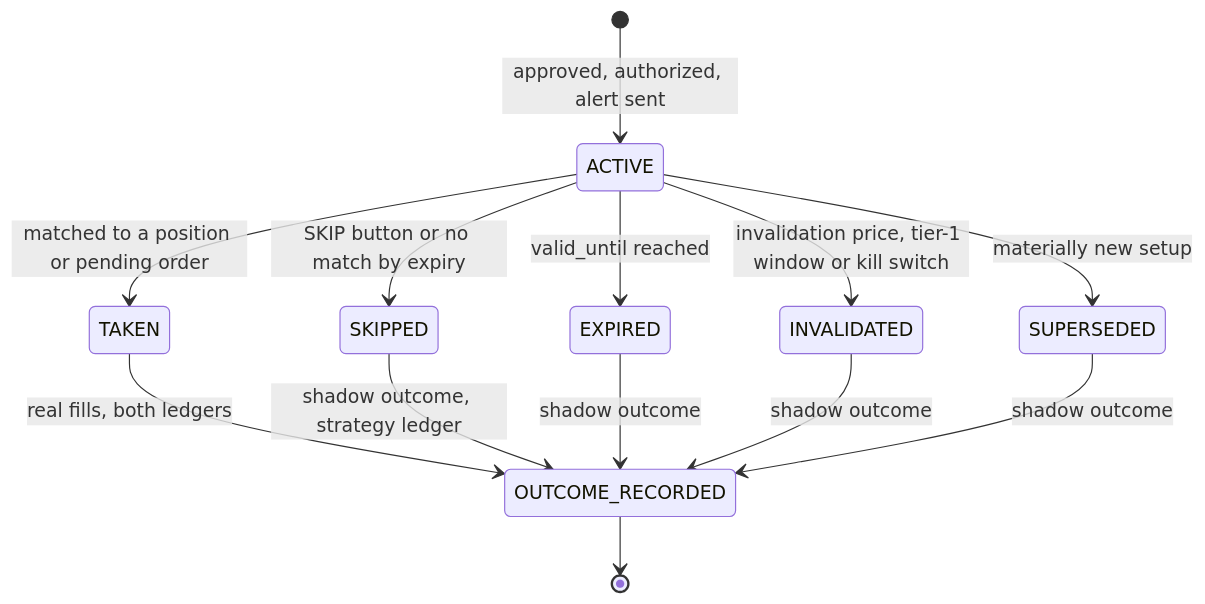
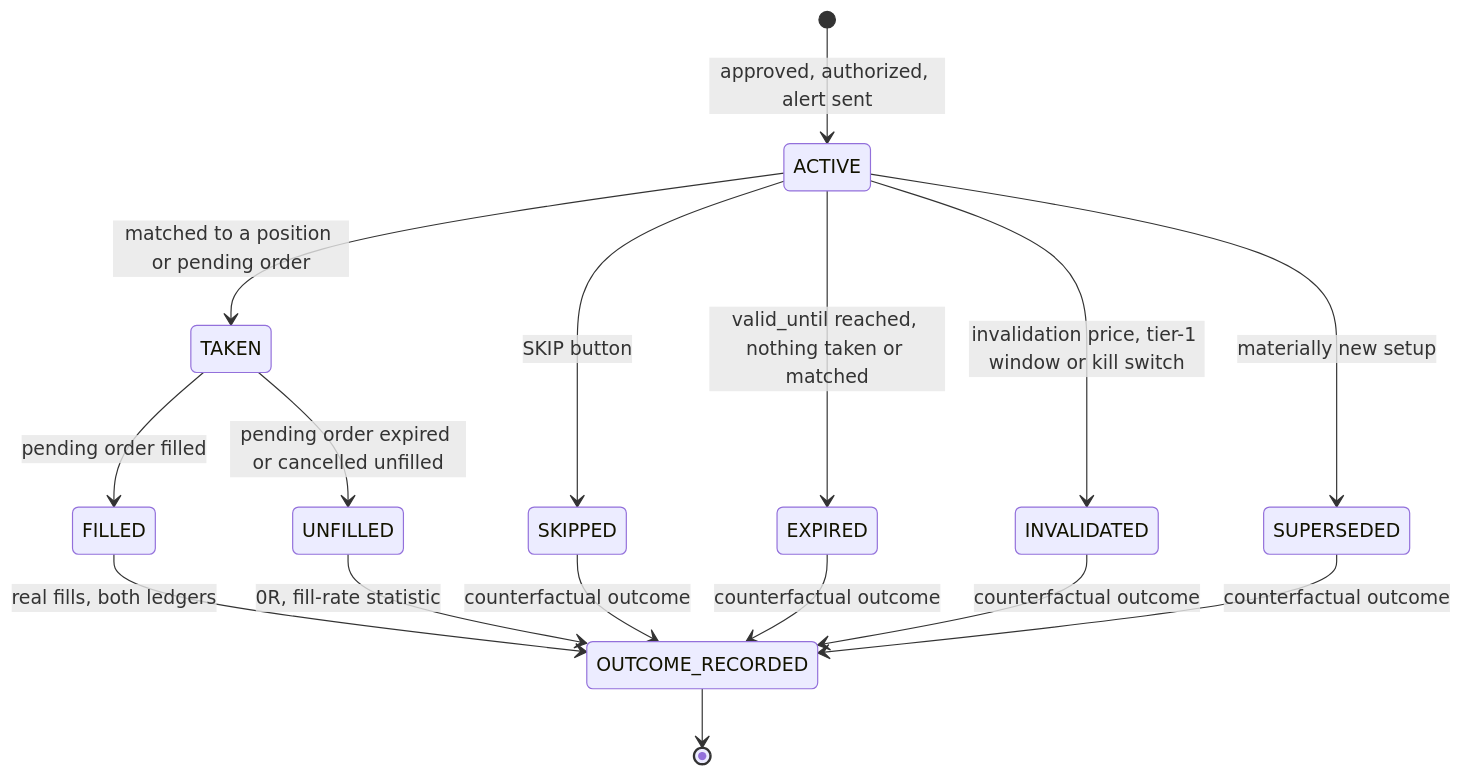
Before and after one commit to Nathi247/brazilian-real-estate-analysis: the sixth of 11 diagrams in aegis-fx/PLAN.md, drawn with Mermaid. The commit also changed other lines of this file and 2 other files, not shown here.

````diff
--- a/aegis-fx/PLAN.md
+++ b/aegis-fx/PLAN.md
@@ -247,15 +360,18 @@
 ```mermaid
 stateDiagram-v2
   [*] --> ACTIVE: approved, authorized, alert sent
   ACTIVE --> TAKEN: matched to a position or pending order
-  ACTIVE --> SKIPPED: SKIP button or no match by expiry
-  ACTIVE --> EXPIRED: valid_until reached
+  ACTIVE --> SKIPPED: SKIP button
+  ACTIVE --> EXPIRED: valid_until reached, nothing taken or matched
   ACTIVE --> INVALIDATED: invalidation price, tier-1 window or kill switch
   ACTIVE --> SUPERSEDED: materially new setup
-  TAKEN --> OUTCOME_RECORDED: real fills, both ledgers
-  SKIPPED --> OUTCOME_RECORDED: shadow outcome, strategy ledger
-  EXPIRED --> OUTCOME_RECORDED: shadow outcome
-  INVALIDATED --> OUTCOME_RECORDED: shadow outcome
-  SUPERSEDED --> OUTCOME_RECORDED: shadow outcome
+  TAKEN --> FILLED: pending order filled
+  TAKEN --> UNFILLED: pending order expired or cancelled unfilled
+  FILLED --> OUTCOME_RECORDED: real fills, both ledgers
+  UNFILLED --> OUTCOME_RECORDED: 0R, fill-rate statistic
+  SKIPPED --> OUTCOME_RECORDED: counterfactual outcome
+  EXPIRED --> OUTCOME_RECORDED: counterfactual outcome
+  INVALIDATED --> OUTCOME_RECORDED: counterfactual outcome
+  SUPERSEDED --> OUTCOME_RECORDED: counterfactual outcome
   OUTCOME_RECORDED --> [*]
 ```
````
